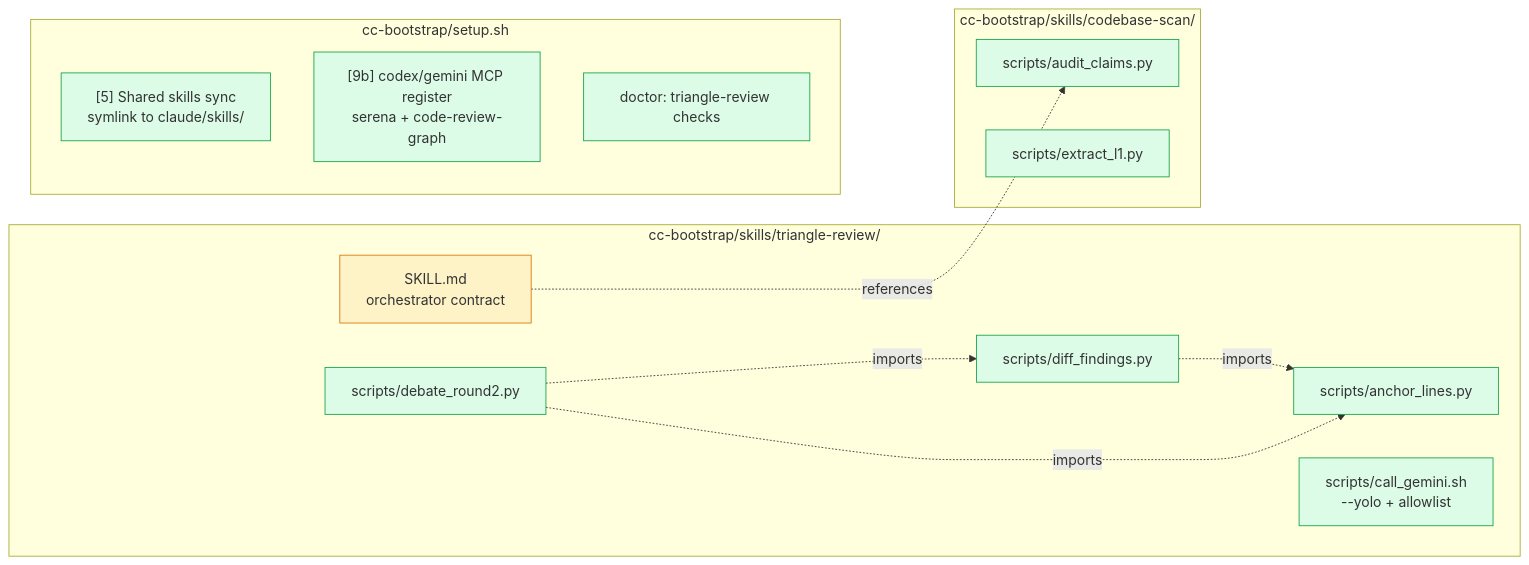
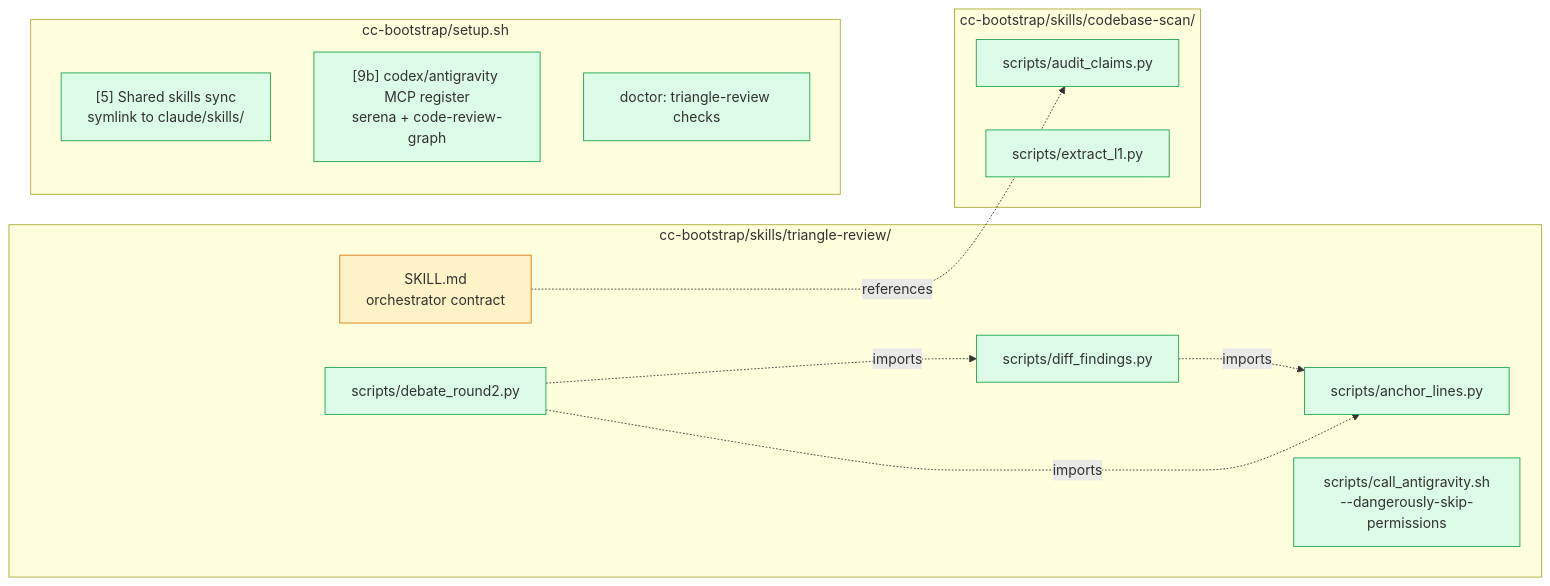
Before and after one commit to Byun-jinyoung/oh-my-agent-env: the fourth of 4 diagrams in skills/triangle-review/PIPELINE.md, drawn with Mermaid. The commit also changed other lines of this file and 9 other files, not shown here.

````diff
--- a/skills/triangle-review/PIPELINE.md
+++ b/skills/triangle-review/PIPELINE.md
@@ -191,29 +193,29 @@
 ```mermaid
 flowchart LR
     subgraph CC["cc-bootstrap/skills/triangle-review/"]
         SKILL["SKILL.md<br/>orchestrator contract"]:::doc
         Anchor["scripts/anchor_lines.py"]:::script
         Diff["scripts/diff_findings.py"]:::script
         Debate["scripts/debate_round2.py"]:::script
-        Gemini["scripts/call_gemini.sh<br/>--yolo + allowlist"]:::script
+        Antigravity["scripts/call_antigravity.sh<br/>--dangerously-skip-permissions"]:::script
     end
 
     subgraph CB["cc-bootstrap/skills/codebase-scan/"]
         Audit["scripts/audit_claims.py"]:::script
         L1["scripts/extract_l1.py"]:::script
     end
 
     subgraph Setup["cc-bootstrap/setup.sh"]
         Sync["[5] Shared skills sync<br/>symlink to claude/skills/"]:::script
-        MCP["[9b] codex/gemini MCP register<br/>serena + code-review-graph"]:::script
+        MCP["[9b] codex/antigravity MCP register<br/>serena + code-review-graph"]:::script
         Doctor["doctor: triangle-review checks"]:::script
     end
 
     Diff -. imports .-> Anchor
     Debate -. imports .-> Anchor
     Debate -. imports .-> Diff
     SKILL -. references .-> Audit
 
     classDef doc fill:#fef3c7,stroke:#d97706
     classDef script fill:#dcfce7,stroke:#16a34a
 ```
````
